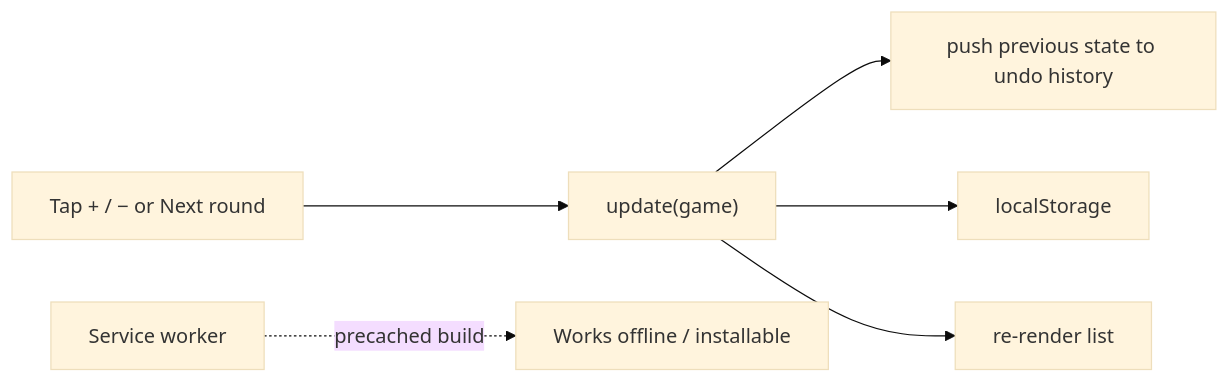
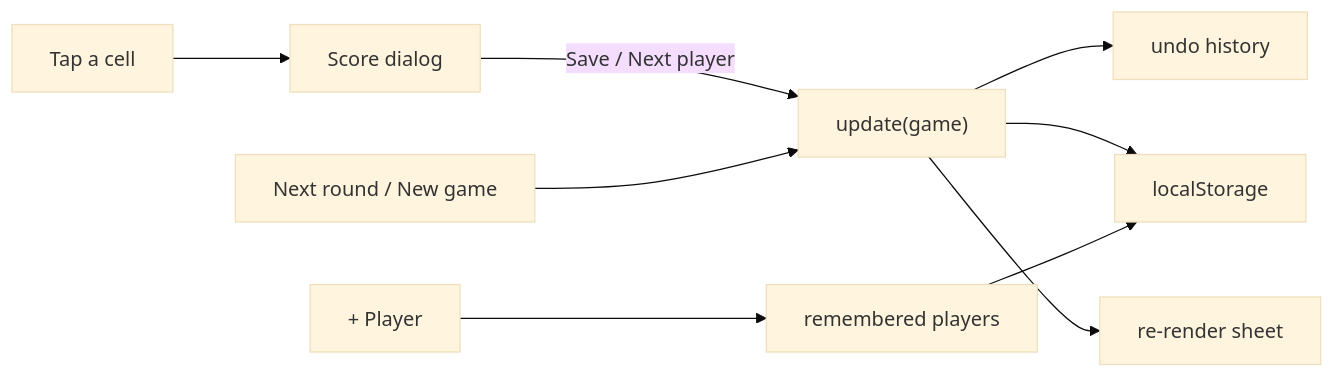
The diagram in README.md (LeTuR/boardgame-counter), drawn with Mermaid (base theme) before and after one commit. The commit also changed other lines of this file and 4 other files, not shown here.

First line of the commit message:
feat: score sheet table, score dialog and remembered players

````diff
--- a/README.md
+++ b/README.md
@@ -10,8 +15,10 @@
 ```mermaid
 flowchart LR
-  tap[Tap + / − or Next round] --> update["update(game)"]
-  update --> history[push previous state to undo history]
+  cell[Tap a cell] --> dialog[Score dialog]
+  dialog -- "Save / Next player" --> update["update(game)"]
+  next[Next round / New game] --> update
+  update --> history[undo history]
   update --> save[localStorage]
-  update --> render[re-render list]
-  sw[Service worker] -. precached build .-> offline[Works offline / installable]
+  update --> render[re-render sheet]
+  add[+ Player] --> roster[remembered players] --> save
 ```
````
